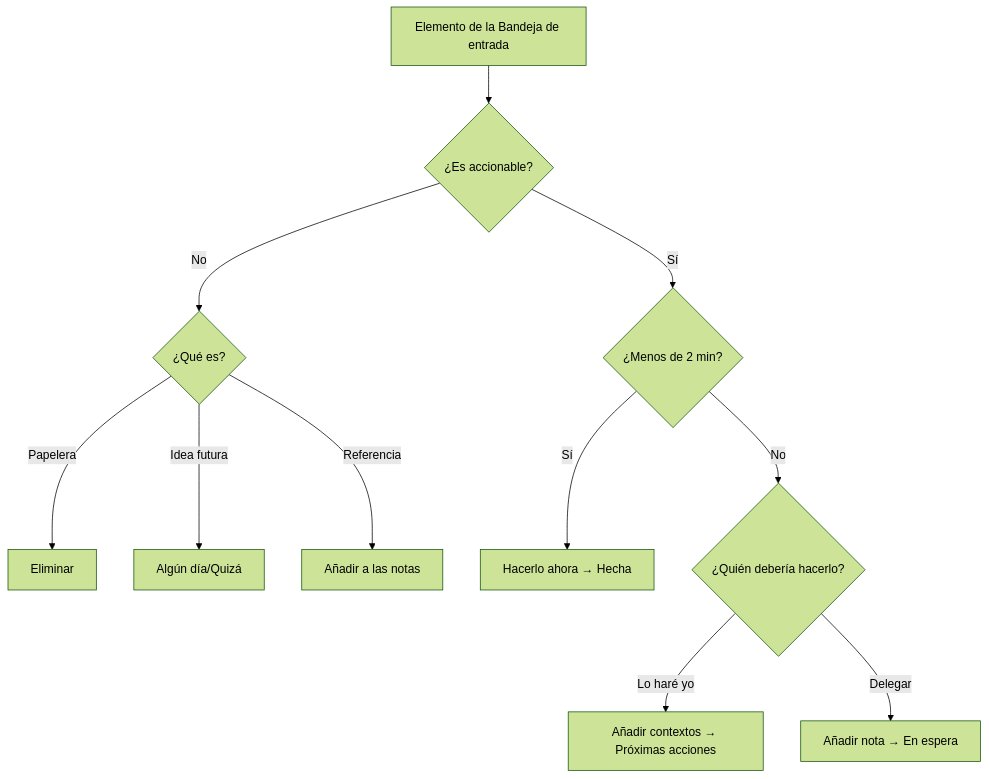
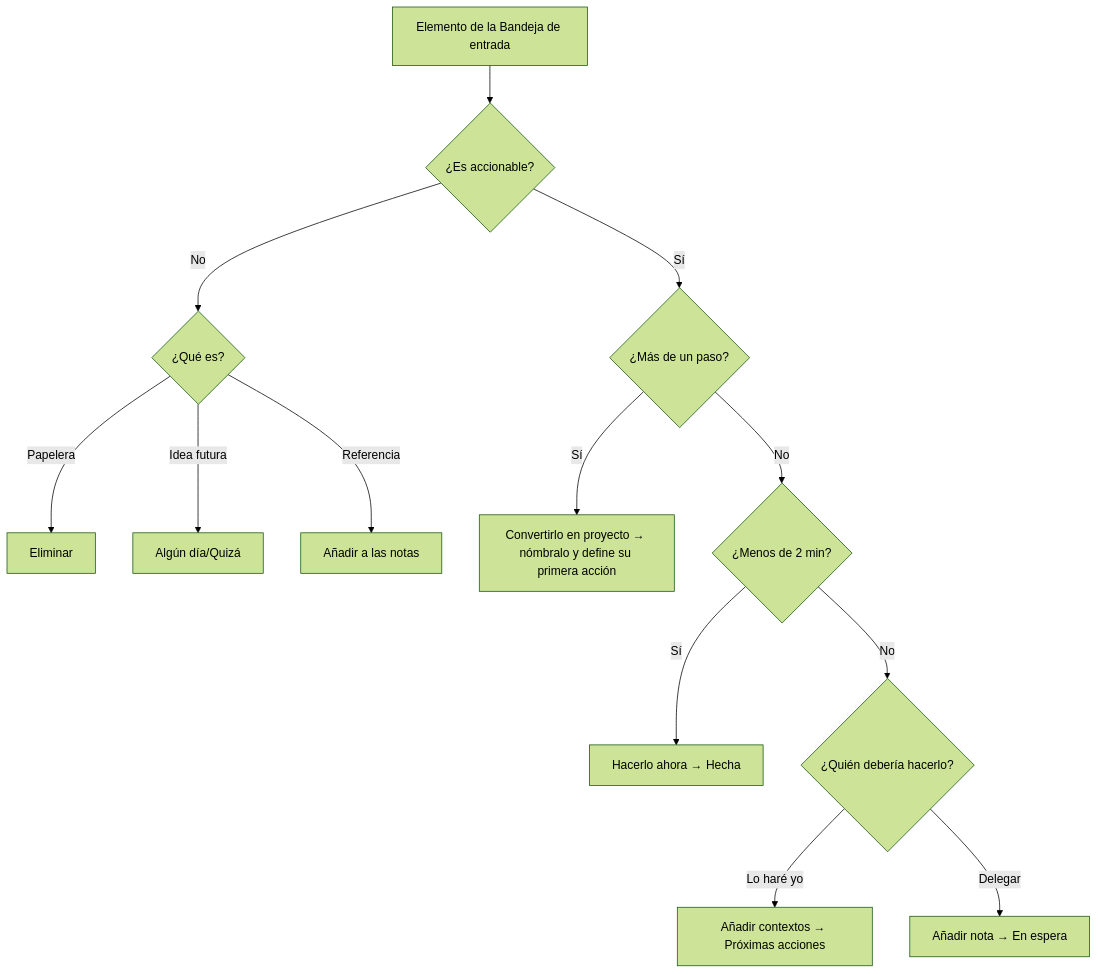
The diagram in docs/es/use/gtd-workflow.md (dongdongbh/mindwtr-web), drawn with Mermaid (forest theme) before and after one commit. The commit also changed other lines of this file and 5 other files, not shown here.

Commit message:
docs(gtd): show the multi-step project branch in the clarify flow and add a worked two-step example

````diff
--- a/docs/es/use/gtd-workflow.md
+++ b/docs/es/use/gtd-workflow.md
@@ -72,13 +72,15 @@
 ```mermaid
 flowchart TD
     A[Elemento de la Bandeja de entrada] --> B{¿Es accionable?}
     B -->|No| C{¿Qué es?}
     C -->|Papelera| D[Eliminar]
     C -->|Idea futura| E[Algún día/Quizá]
     C -->|Referencia| F[Añadir a las notas]
-    B -->|Sí| G{¿Menos de 2 min?}
+    B -->|Sí| P{¿Más de un paso?}
+    P -->|Sí| Q[Convertirlo en proyecto → nómbralo y define su primera acción]
+    P -->|No| G{¿Menos de 2 min?}
     G -->|Sí| H[Hacerlo ahora → Hecha]
     G -->|No| I{¿Quién debería hacerlo?}
     I -->|Lo haré yo| J[Añadir contextos → Próximas acciones]
     I -->|Delegar| K[Añadir nota → En espera]
 ```
````
